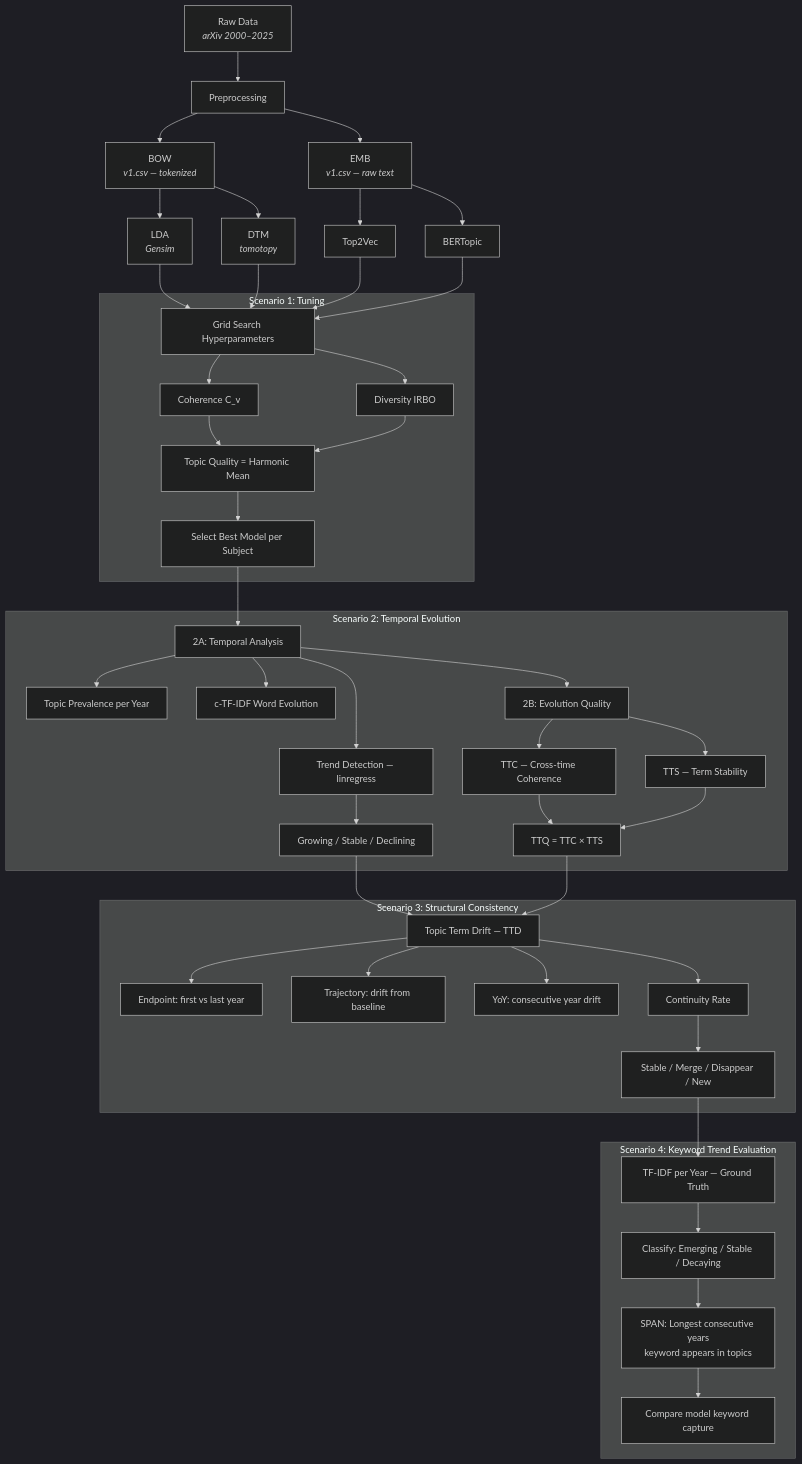
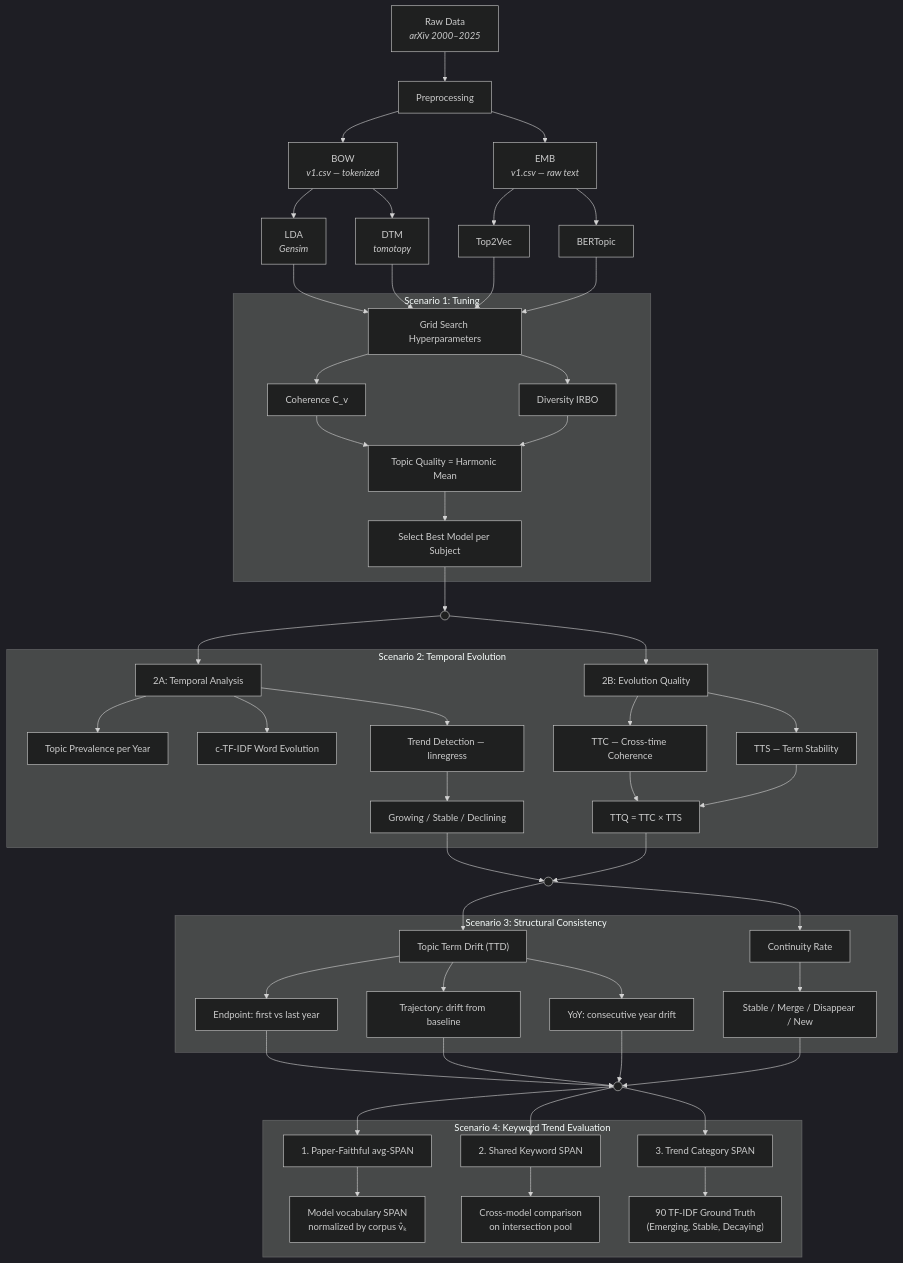
Before and after one commit to unedtamps/my-thesis: the diagram in README.md, drawn with Mermaid (dark theme).

Commit message:
docs: update graph

````diff
--- a/README.md
+++ b/README.md
@@ -7,58 +7,69 @@
 ```mermaid
 graph TD
     A["Raw Data<br/><i>arXiv 2000–2025</i>"] --> B["Preprocessing"]
 
     B --> C["BOW<br/><i>v1.csv — tokenized</i>"]
     B --> D["EMB<br/><i>v1.csv — raw text</i>"]
 
     C --> E["LDA<br/><i>Gensim</i>"]
     C --> F["DTM<br/><i>tomotopy</i>"]
     D --> G["Top2Vec"]
     D --> H["BERTopic"]
 
     E & F & G & H --> S1
 
     subgraph S1g ["Scenario 1: Tuning"]
         S1["Grid Search Hyperparameters"]
         S1 --> S1a["Coherence C_v"]
         S1 --> S1b["Diversity IRBO"]
         S1a & S1b --> S1c["Topic Quality = Harmonic Mean"]
         S1c --> S1d["Select Best Model per Subject"]
     end
 
-    S1d --> S2
+    S1d --> S1_Out(( ))
+    S1_Out --> S2_A
+    S1_Out --> S2_B
 
     subgraph S2g ["Scenario 2: Temporal Evolution"]
-        S2["2A: Temporal Analysis"]
-        S2 --> S2a["Topic Prevalence per Year"]
-        S2 --> S2b["c-TF-IDF Word Evolution"]
-        S2 --> S2c["Trend Detection — linregress"]
+        S2_A["2A: Temporal Analysis"]
+        S2_A --> S2a["Topic Prevalence per Year"]
+        S2_A --> S2b["c-TF-IDF Word Evolution"]
+        S2_A --> S2c["Trend Detection — linregress"]
         S2c --> S2d["Growing / Stable / Declining"]
 
-        S2 --> S2e["2B: Evolution Quality"]
-        S2e --> S2f["TTC — Cross-time Coherence"]
-        S2e --> S2g2["TTS — Term Stability"]
+        S2_B["2B: Evolution Quality"]
+        S2_B --> S2f["TTC — Cross-time Coherence"]
+        S2_B --> S2g2["TTS — Term Stability"]
         S2f & S2g2 --> S2h["TTQ = TTC × TTS"]
     end
 
-    S2d & S2h --> S3
+    S2d & S2h --> S2_Out(( ))
+    S2_Out --> S3_A
+    S2_Out --> S3_B
 
     subgraph S3g ["Scenario 3: Structural Consistency"]
-        S3["Topic Term Drift — TTD"]
-        S3 --> S3a["Endpoint: first vs last year"]
-        S3 --> S3b["Trajectory: drift from baseline"]
-        S3 --> S3c["YoY: consecutive year drift"]
+        S3_A["Topic Term Drift (TTD)"]
+        S3_A --> S3a["Endpoint: first vs last year"]
+        S3_A --> S3b["Trajectory: drift from baseline"]
+        S3_A --> S3c["YoY: consecutive year drift"]
 
-        S3 --> S3d["Continuity Rate"]
-        S3d --> S3e["Stable / Merge / Disappear / New"]
+        S3_B["Continuity Rate"]
+        S3_B --> S3e["Stable / Merge / Disappear / New"]
     end
 
-    S3e --> S4
+    S3a & S3b & S3c & S3e --> S3_Out(( ))
+    S3_Out --> S4_A
+    S3_Out --> S4_B
+    S3_Out --> S4_C
 
     subgraph S4g ["Scenario 4: Keyword Trend Evaluation"]
-        S4["TF-IDF per Year — Ground Truth"]
-        S4 --> S4a["Classify: Emerging / Stable / Decaying"]
-        S4a --> S4b["SPAN: Longest consecutive years<br/>keyword appears in topics"]
-        S4b --> S4c["Compare model keyword capture"]
+        S4_A["1. Paper-Faithful avg-SPAN"]
+        S4_A --> S4a["Model vocabulary SPAN<br/>normalized by corpus v̂ₖ"]
+
+        S4_B["2. Shared Keyword SPAN"]
+        S4_B --> S4b["Cross-model comparison<br/>on intersection pool"]
+
+        S4_C["3. Trend Category SPAN"]
+        S4_C --> S4c["90 TF-IDF Ground Truth<br/>(Emerging, Stable, Decaying)"]
     end
 ```
````
